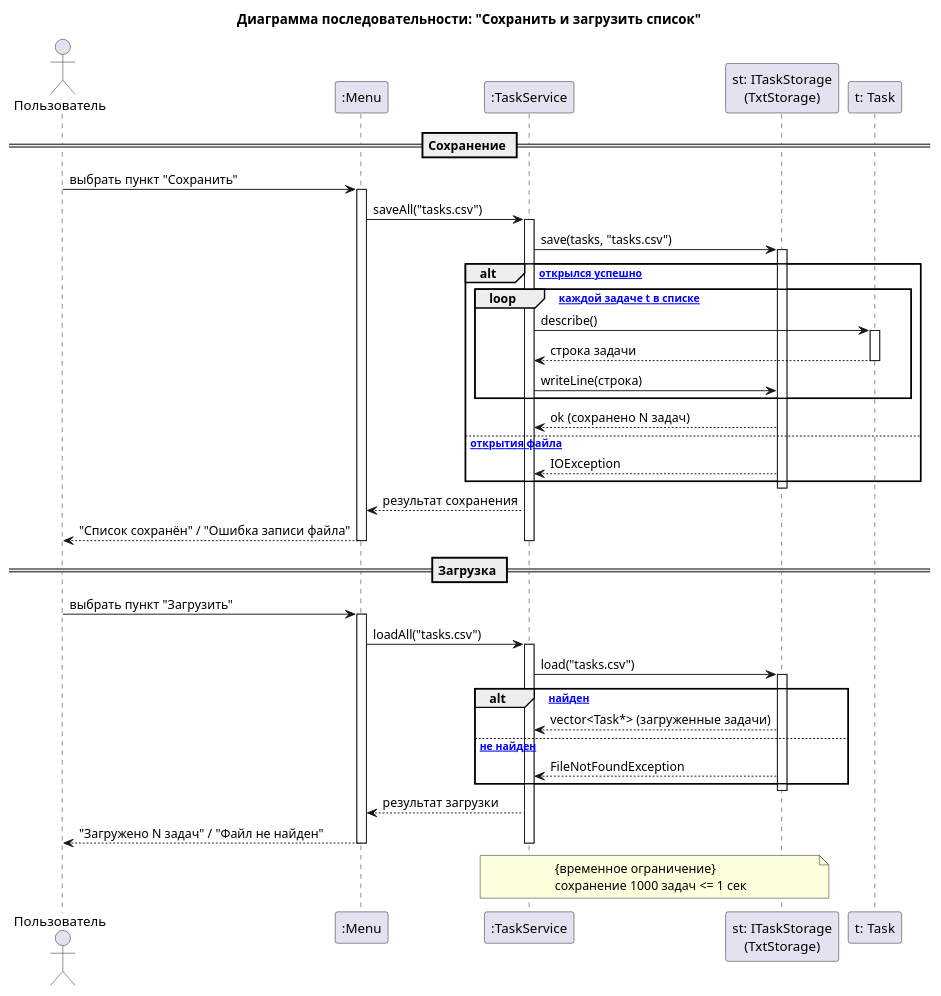
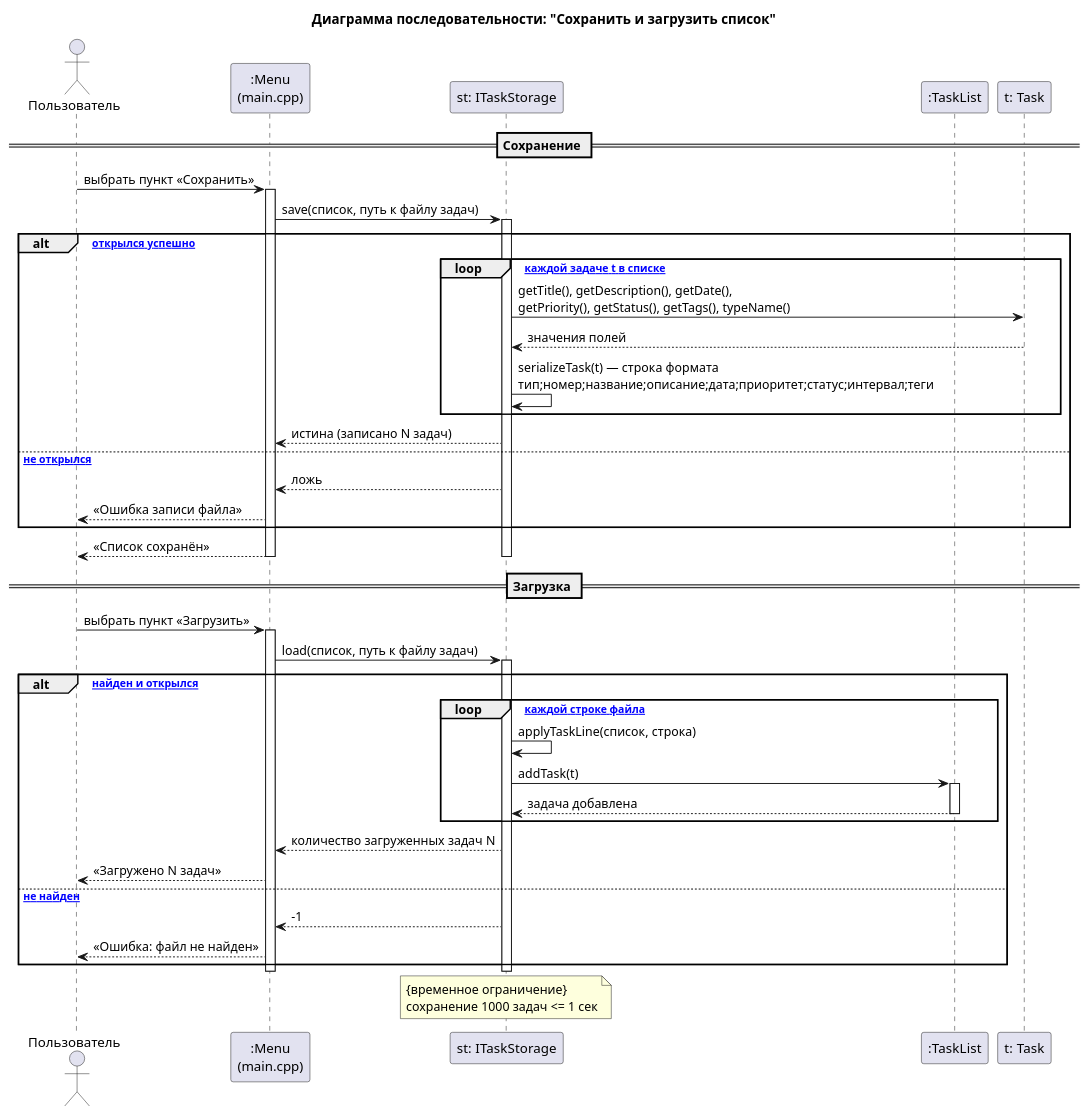
One commit to Ruslan1209/TaskFlow changed the diagram in docs/uml/04_seq_save.puml. Above: the diagram before and after it, drawn with PlantUML.

```diff
--- a/docs/uml/04_seq_save.puml
+++ b/docs/uml/04_seq_save.puml
@@ -1,58 +1,56 @@
 @startuml 04_seq_save
 title Диаграмма последовательности: "Сохранить и загрузить список"
 
-actor Пользователь as User
-participant ":Menu" as M
-participant ":TaskService" as S
-participant "st: ITaskStorage\n(TxtStorage)" as I
+actor Пользователь as U
+participant ":Menu\n(main.cpp)" as M
+participant "st: ITaskStorage" as I
+participant ":TaskList" as L
 participant "t: Task" as T
 
 == Сохранение ==
-User -> M : выбрать пункт "Сохранить"
+U -> M : выбрать пункт «Сохранить»
 activate M
-M -> S : saveAll("tasks.csv")
-activate S
-S -> I : save(tasks, "tasks.csv")
+M -> I : save(список, путь к файлу задач)
 activate I
-
 alt [файл открылся успешно]
   loop [по каждой задаче t в списке]
-    S -> T : describe()
-    activate T
-    T --> S : строка задачи
-    deactivate T
-    S -> I : writeLine(строка)
+    I -> T : getTitle(), getDescription(), getDate(),\ngetPriority(), getStatus(), getTags(), typeName()
+    T --> I : значения полей
+    I -> I : serializeTask(t) — строка формата\nтип;номер;название;описание;дата;приоритет;статус;интервал;теги
   end
-  I --> S : ok (сохранено N задач)
-else [ошибка открытия файла]
-  I --> S : IOException
+  I --> M : истина (записано N задач)
+else [файл не открылся]
+  I --> M : ложь
+  M --> U : «Ошибка записи файла»
 end
+M --> U : «Список сохранён»
 deactivate I
-S --> M : результат сохранения
-M --> User : "Список сохранён" / "Ошибка записи файла"
-deactivate S
 deactivate M
 
 == Загрузка ==
-User -> M : выбрать пункт "Загрузить"
+U -> M : выбрать пункт «Загрузить»
 activate M
-M -> S : loadAll("tasks.csv")
-activate S
-S -> I : load("tasks.csv")
+M -> I : load(список, путь к файлу задач)
 activate I
-alt [файл найден]
-  I --> S : vector<Task*> (загруженные задачи)
+alt [файл найден и открылся]
+  loop [по каждой строке файла]
+    I -> I : applyTaskLine(список, строка)
+    I -> L : addTask(t)
+    activate L
+    L --> I : задача добавлена
+    deactivate L
+  end
+  I --> M : количество загруженных задач N
+  M --> U : «Загружено N задач»
 else [файл не найден]
-  I --> S : FileNotFoundException
+  I --> M : -1
+  M --> U : «Ошибка: файл не найден»
 end
 deactivate I
-S --> M : результат загрузки
-M --> User : "Загружено N задач" / "Файл не найден"
-deactivate S
 deactivate M
 
-note over S, I
+note over I
   {временное ограничение}
   сохранение 1000 задач <= 1 сек
 end note
 @enduml
```
